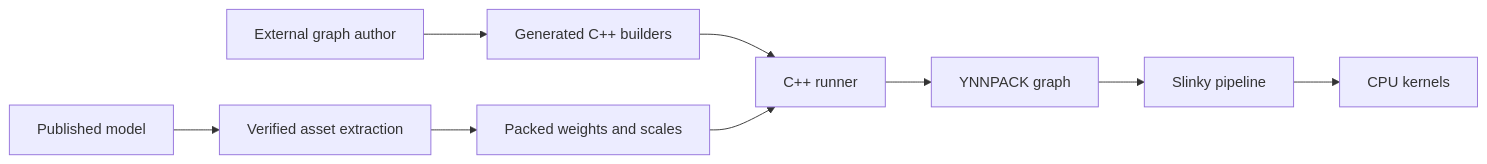
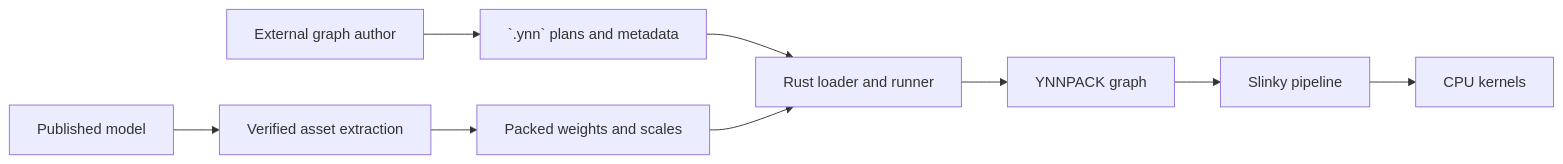
One commit to snnn/ynnpack-model-lab changed the diagram in README.md. Above: the diagram before and after it, drawn with Mermaid. The commit also changed other lines of this file and 527 other files, not shown here.

Commit message:
Move model runners and input frontend to Rust and .ynn plans

````diff
--- a/README.md
+++ b/README.md
@@ -293,11 +143,11 @@
 ```mermaid
 flowchart LR
   W[Published model] --> E[Verified asset extraction]
   E --> A[Packed weights and scales]
-  P[External graph author] --> C[Generated C++ builders]
-  C --> R[C++ runner]
+  P[External graph author] --> C[`.ynn` plans and metadata]
+  C --> R[Rust loader and runner]
   A --> R
   R --> Y[YNNPACK graph]
   Y --> S[Slinky pipeline]
   S --> K[CPU kernels]
 ```
````
